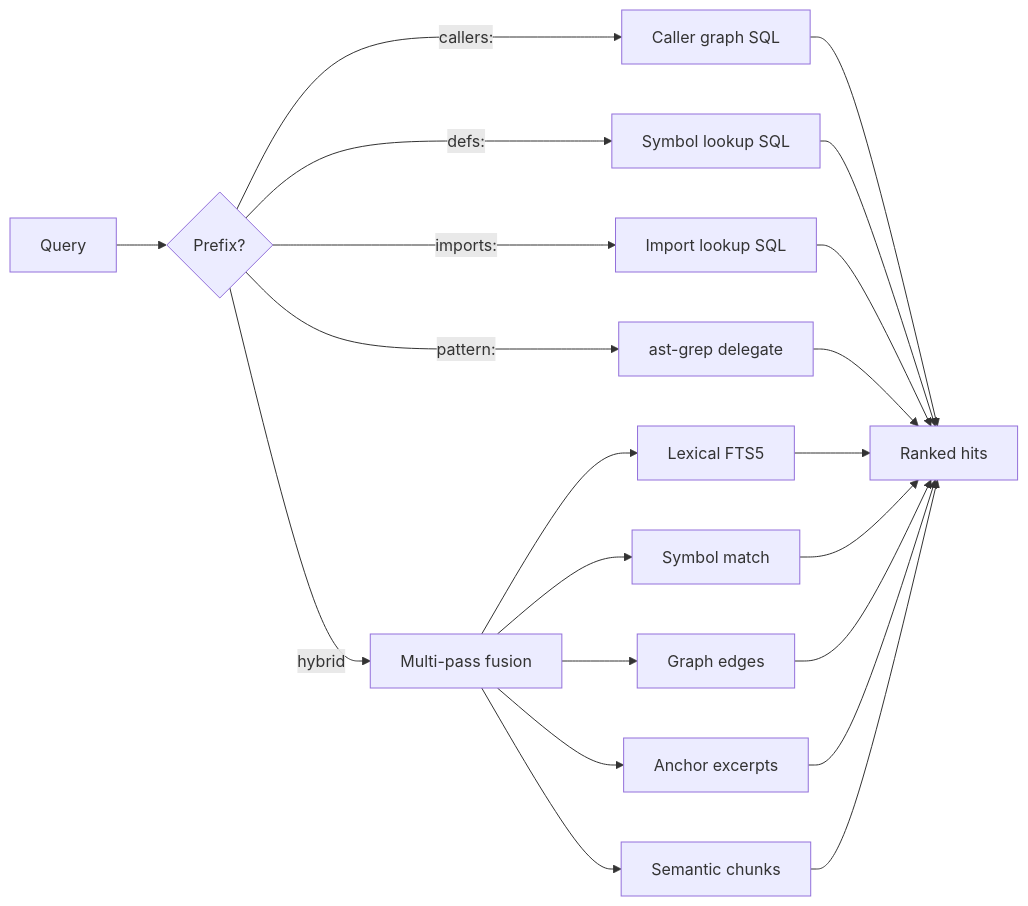
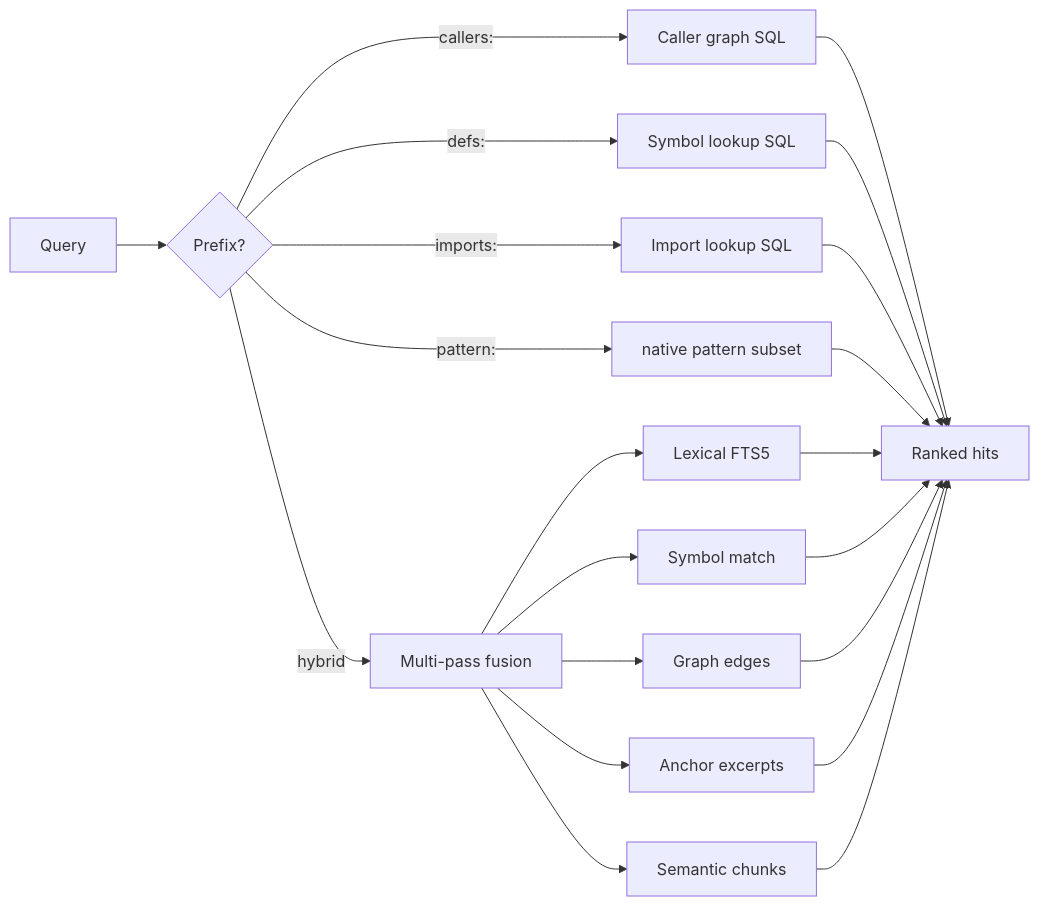
The second of 2 diagrams in docs/how-it-works.md (AdityaVG13/ast-sgrep), drawn with Mermaid before and after one commit. The commit also changed other lines of this file and 12 other files, not shown here.

````diff
--- a/docs/how-it-works.md
+++ b/docs/how-it-works.md
@@ -71,23 +71,23 @@
 ```mermaid
 flowchart LR
     Q["Query"] --> P{"Prefix?"}
     P -->|callers:| C["Caller graph SQL"]
     P -->|defs:| D["Symbol lookup SQL"]
     P -->|imports:| I["Import lookup SQL"]
-    P -->|pattern:| AG["ast-grep delegate"]
+    P -->|pattern:| AG["native pattern subset"]
     P -->|hybrid| H["Multi-pass fusion"]
     H --> L["Lexical FTS5"]
     H --> S["Symbol match"]
     H --> G["Graph edges"]
     H --> A["Anchor excerpts"]
     H --> E["Semantic chunks"]
     C --> R["Ranked hits"]
     D --> R
     I --> R
     AG --> R
     L --> R
     S --> R
     G --> R
     A --> R
     E --> R
 ```
````
